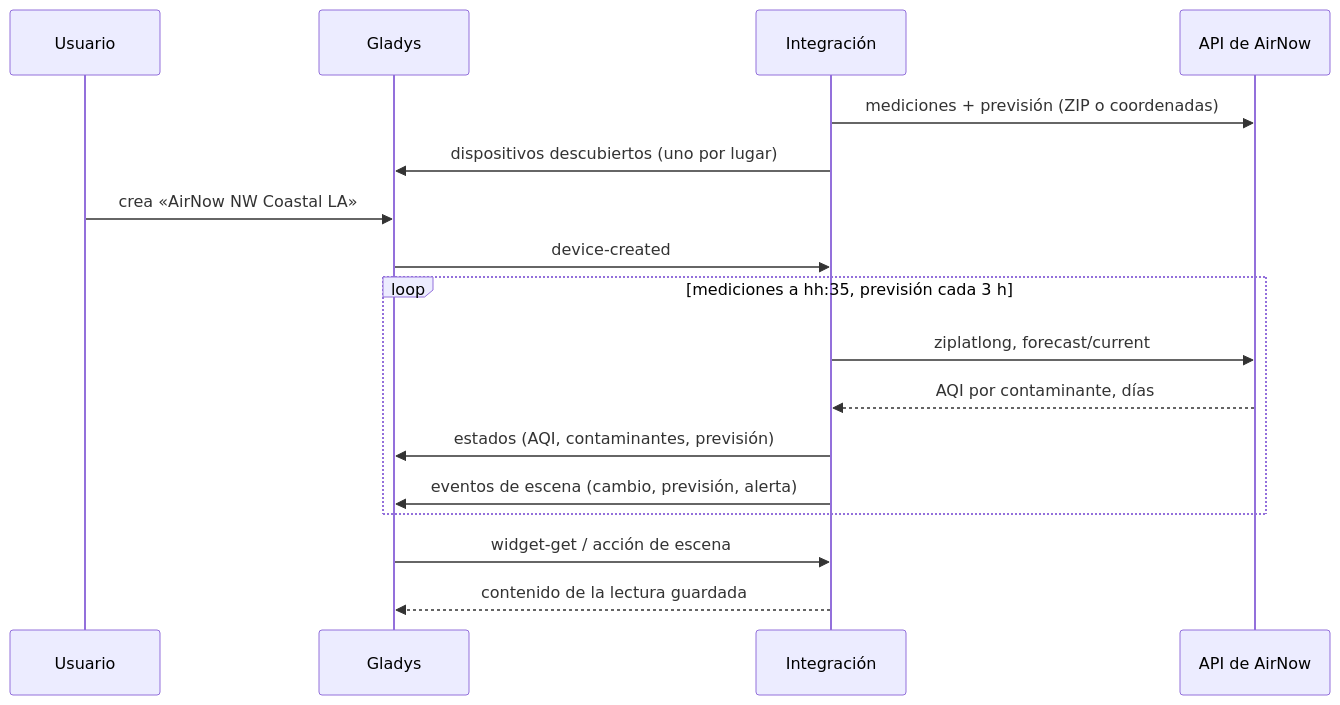
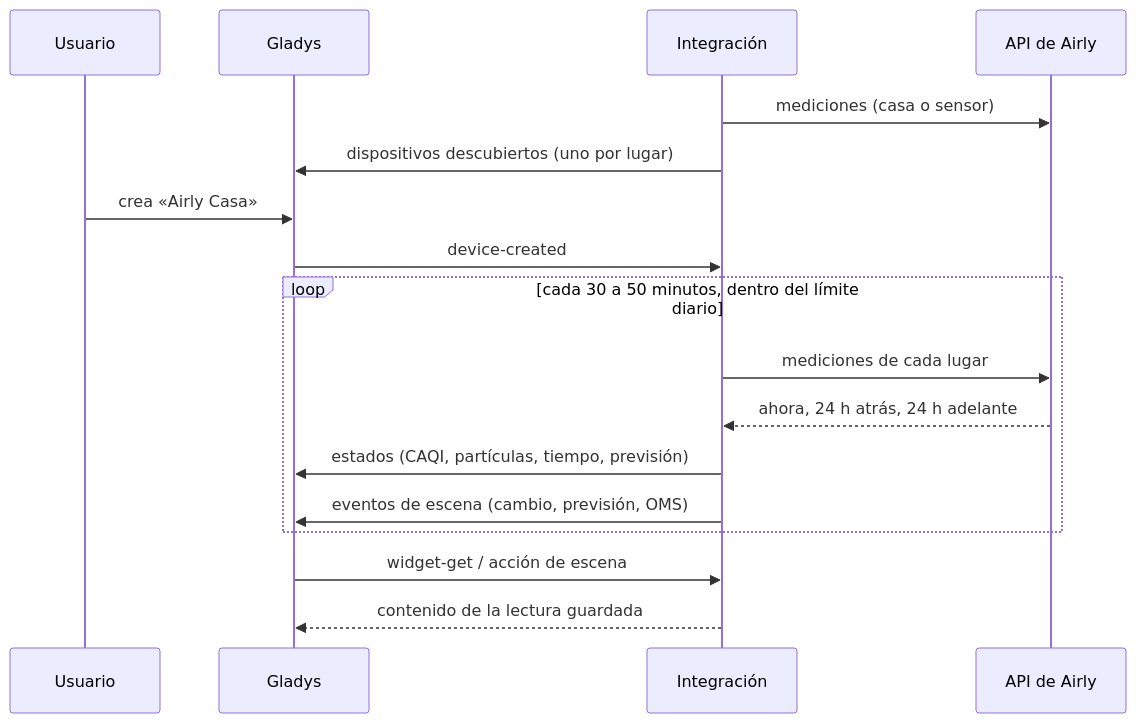
One commit to William-De71/gladys-airly changed the second of 2 diagrams in README.es.md. Above: the diagram before and after it, drawn with Mermaid. The commit also changed other lines of this file and 22 other files, not shown here.

````diff
--- a/README.es.md
+++ b/README.es.md
@@ -36,19 +36,19 @@
 ```mermaid
 sequenceDiagram
   participant U as Usuario
   participant G as Gladys
   participant I as Integración
-  participant A as API de AirNow
-  I->>A: mediciones + previsión (ZIP o coordenadas)
+  participant A as API de Airly
+  I->>A: mediciones (casa o sensor)
   I->>G: dispositivos descubiertos (uno por lugar)
-  U->>G: crea «AirNow NW Coastal LA»
+  U->>G: crea «Airly Casa»
   G->>I: device-created
-  loop mediciones a hh:35, previsión cada 3 h
-    I->>A: ziplatlong, forecast/current
-    A-->>I: AQI por contaminante, días
-    I->>G: estados (AQI, contaminantes, previsión)
-    I->>G: eventos de escena (cambio, previsión, alerta)
+  loop cada 30 a 50 minutos, dentro del límite diario
+    I->>A: mediciones de cada lugar
+    A-->>I: ahora, 24 h atrás, 24 h adelante
+    I->>G: estados (CAQI, partículas, tiempo, previsión)
+    I->>G: eventos de escena (cambio, previsión, OMS)
   end
   G->>I: widget-get / acción de escena
   I-->>G: contenido de la lectura guardada
 ```
````
